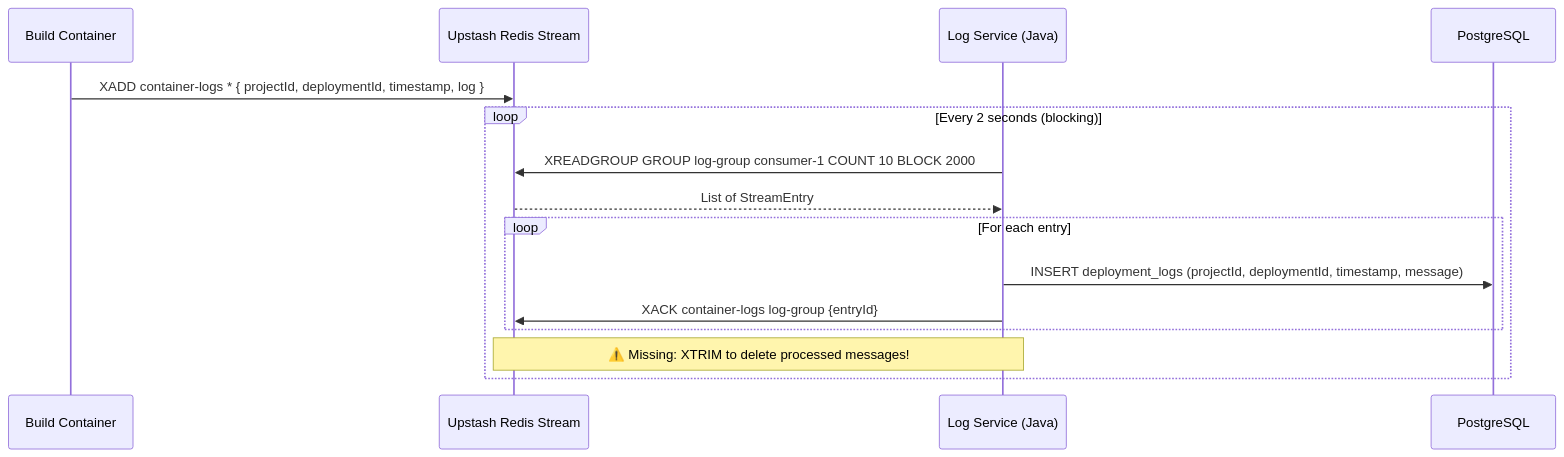
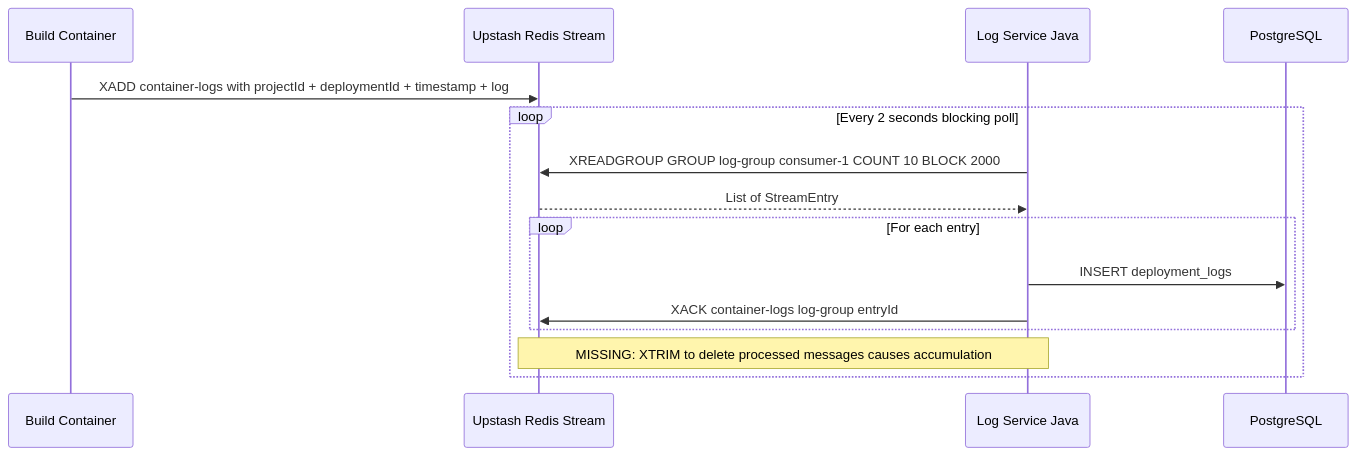
One commit to Abdul1028/pushly-frontend changed the fifth of 16 diagrams in README.md. Above: the diagram before and after it, drawn with Mermaid. The commit also changed other lines of this file, not shown here.

Commit message:
(feat):add Custom domain sequence diagram

````diff
--- a/README.md
+++ b/README.md
@@ -201,21 +207,21 @@
 ```mermaid
 sequenceDiagram
     participant BUILD as Build Container
     participant REDIS as Upstash Redis Stream
-    participant LOG as Log Service (Java)
+    participant LOG as Log Service Java
     participant DB as PostgreSQL
 
-    BUILD->>REDIS: XADD container-logs * { projectId, deploymentId, timestamp, log }
+    BUILD->>REDIS: XADD container-logs with projectId + deploymentId + timestamp + log
 
-    loop Every 2 seconds (blocking)
+    loop Every 2 seconds blocking poll
         LOG->>REDIS: XREADGROUP GROUP log-group consumer-1 COUNT 10 BLOCK 2000
         REDIS-->>LOG: List of StreamEntry
 
         loop For each entry
-            LOG->>DB: INSERT deployment_logs (projectId, deploymentId, timestamp, message)
-            LOG->>REDIS: XACK container-logs log-group {entryId}
+            LOG->>DB: INSERT deployment_logs
+            LOG->>REDIS: XACK container-logs log-group entryId
         end
 
-        Note over LOG,REDIS: ⚠️ Missing: XTRIM to delete processed messages!
+        Note over LOG,REDIS: MISSING: XTRIM to delete processed messages causes accumulation
     end
 ```
````
